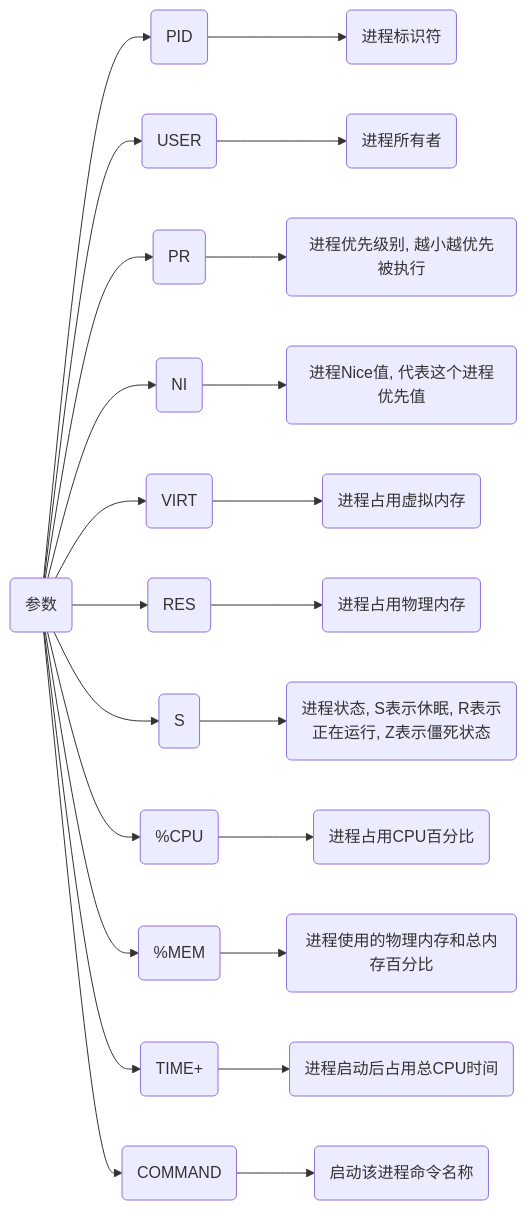
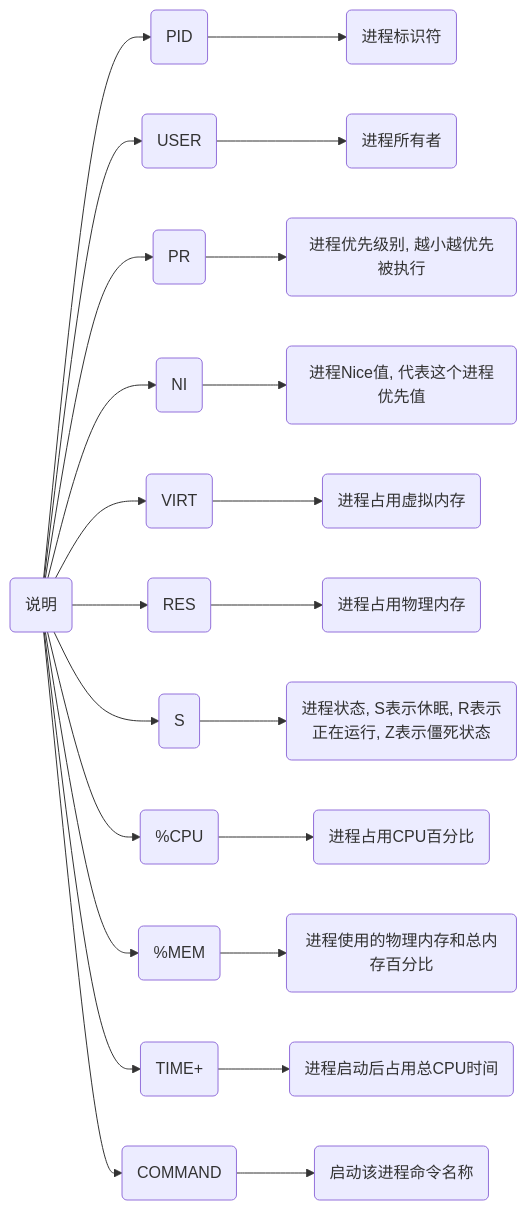
The first of 3 diagrams in _posts/operating_system/linux/system/2021-03-09-系统指令.md (dmjcb/dmjcb.github.io), drawn with Mermaid before and after one commit. The commit also changed other lines of this file and 19 other files, not shown here.

````diff
--- a/_posts/operating_system/linux/system/2021-03-09-系统指令.md
+++ b/_posts/operating_system/linux/system/2021-03-09-系统指令.md
@@ -15,15 +15,15 @@
 ```mermaid
 graph LR;
-    X(参数)
+    X(说明)
     X-->B(PID)-->B1(进程标识符)
     X-->C(USER)-->C1(进程所有者)
     X-->D(PR)-->D1(进程优先级别, 越小越优先被执行 )
     X-->E(NI)-->E1(进程Nice值, 代表这个进程优先值)
     X-->F(VIRT)-->F1(进程占用虚拟内存)
     X-->G(RES)-->G1(进程占用物理内存)
     X-->H(S)-->H1(进程状态, S表示休眠, R表示正在运行, Z表示僵死状态)
     X-->I(%CPU)-->I1(进程占用CPU百分比)
     X-->J(%MEM)-->J1(进程使用的物理内存和总内存百分比)
     X-->K(TIME+)-->K1(进程启动后占用总CPU时间)
     X-->L(COMMAND)-->L1(启动该进程命令名称)
 ```
````
